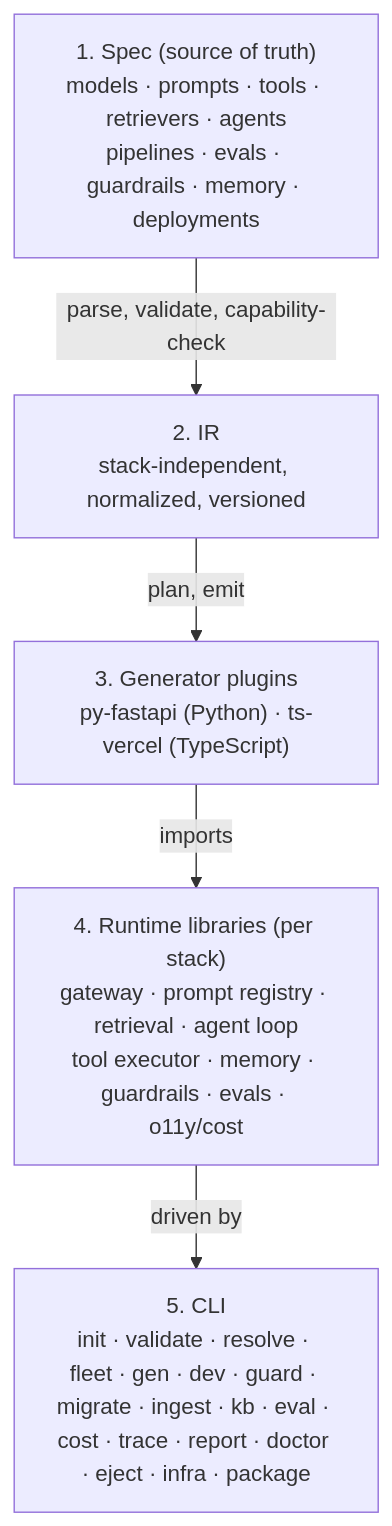
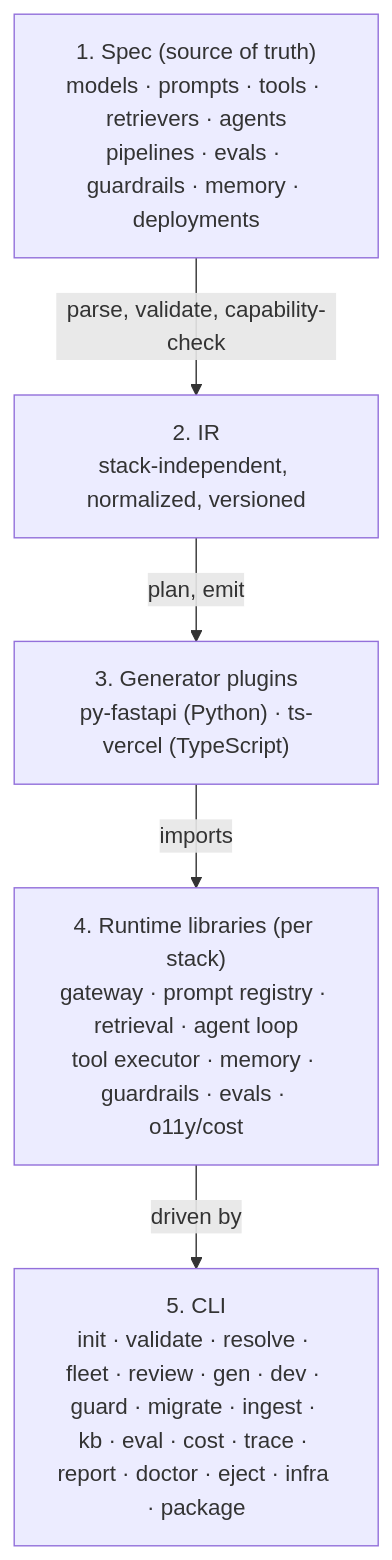
Before and after one commit to aid-framework/aid-framework: the diagram in README.md, drawn with Mermaid. The commit also changed other lines of this file and 20 other files, not shown here.

````diff
--- a/README.md
+++ b/README.md
@@ -45,12 +45,12 @@
 ```mermaid
 flowchart TD
     A["1. Spec (source of truth)<br/>models · prompts · tools · retrievers · agents<br/>pipelines · evals · guardrails · memory · deployments"]
     B["2. IR<br/>stack-independent, normalized, versioned"]
     C["3. Generator plugins<br/>py-fastapi (Python) · ts-vercel (TypeScript)"]
     D["4. Runtime libraries (per stack)<br/>gateway · prompt registry · retrieval · agent loop<br/>tool executor · memory · guardrails · evals · o11y/cost"]
-    E["5. CLI<br/>init · validate · resolve · fleet · gen · dev · guard · migrate · ingest · kb · eval · cost · trace · report · doctor · eject · infra · package"]
+    E["5. CLI<br/>init · validate · resolve · fleet · review · gen · dev · guard · migrate · ingest · kb · eval · cost · trace · report · doctor · eject · infra · package"]
     A -->|parse, validate, capability-check| B
     B -->|plan, emit| C
     C -->|imports| D
     D -->|driven by| E
 ```
````
